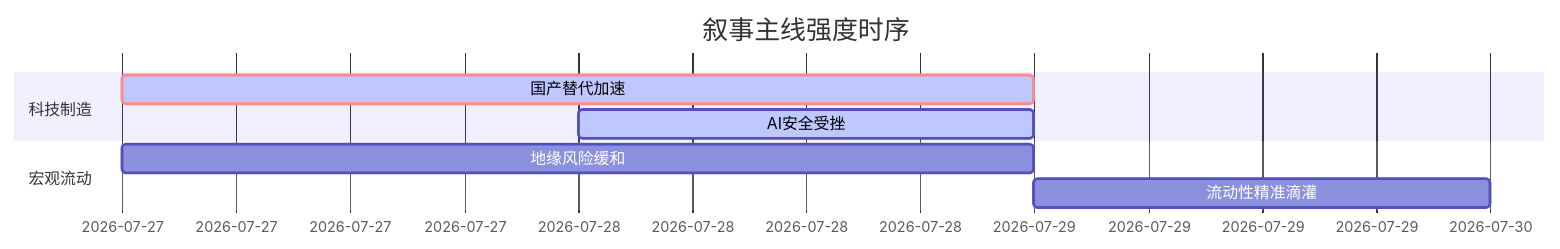
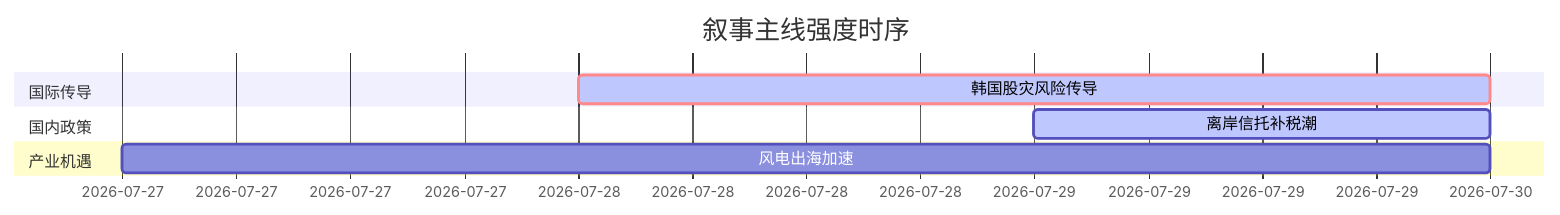
The diagram in 5day_report.md (uu5zn/uu5zn.github.io), drawn with Mermaid before and after one commit. The commit also changed other lines of this file and 24 other files, not shown here.

````diff
--- a/5day_report.md
+++ b/5day_report.md
@@ -54,12 +56,13 @@
 ```mermaid
 gantt
     title 叙事主线强度时序
     dateFormat  YYYY-MM-DD
-    section 科技制造
-    国产替代加速   :crit, active, 2026-07-27, 2d
-    AI安全受挫     :active, 2026-07-28, 1d
+    section 国际传导
+    韩国股灾风险传导   :crit, active, 2026-07-28, 2d
     
-    section 宏观流动
-    地缘风险缓和   :2026-07-27, 2d
-    流动性精准滴灌 :2026-07-29, 1d
+    section 国内政策
+    离岸信托补税潮     :active, 2026-07-29, 1d
+    
+    section 产业机遇
+    风电出海加速       :2026-07-27, 3d
 ```
````
